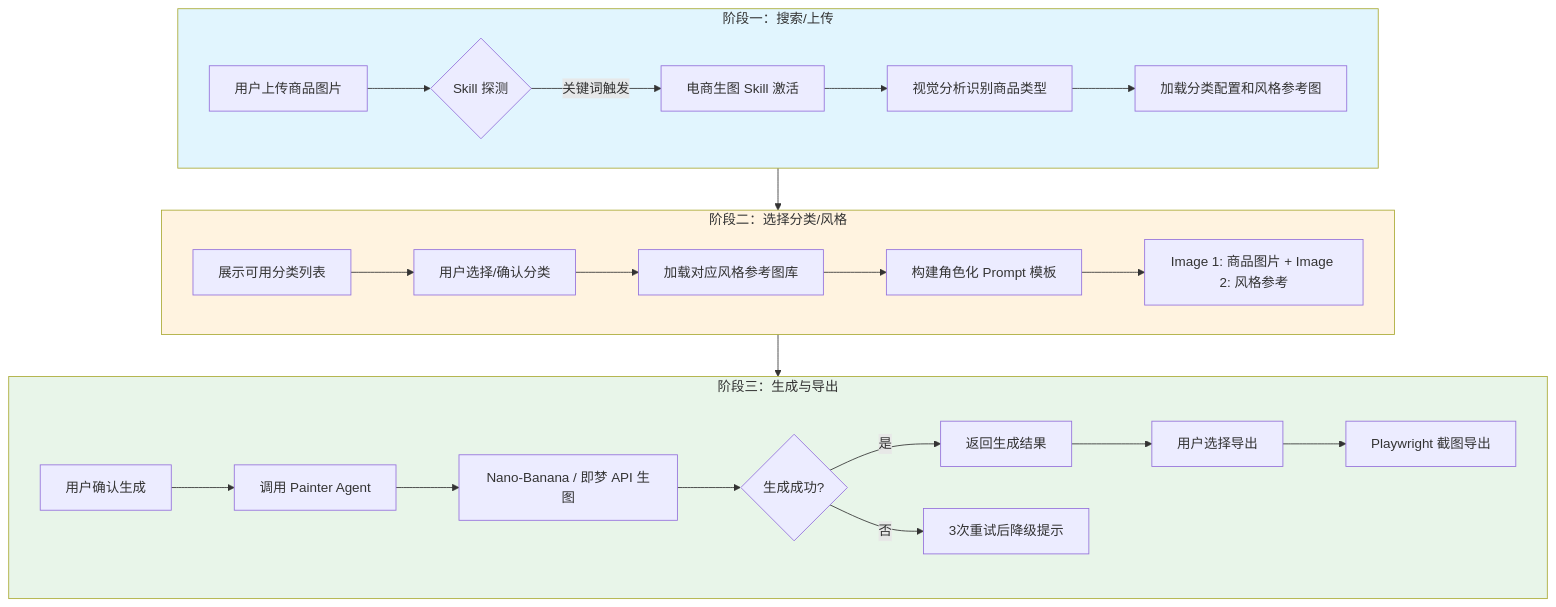
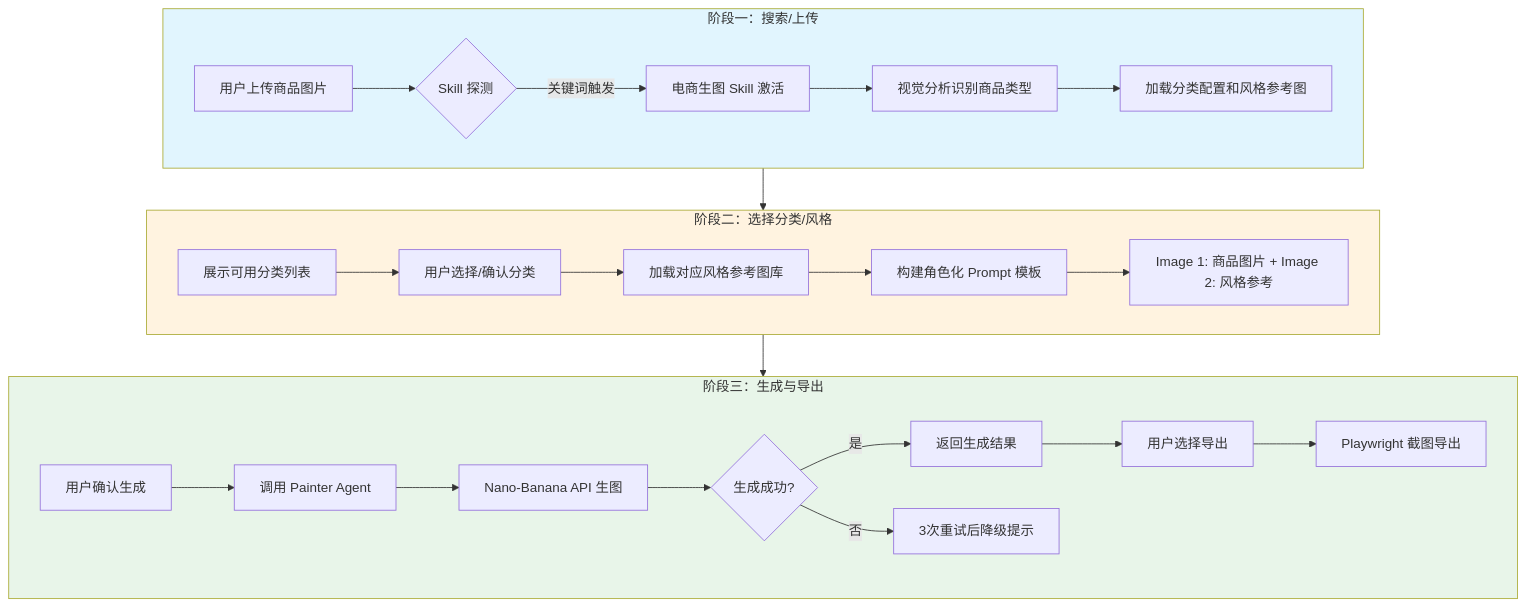
Diagram 14 of 21 in specs/05_business_processes.md (tianfeicoding/magnes), drawn with Mermaid before and after one commit. The commit also changed other lines of this file and 4 other files, not shown here.

````diff
--- a/specs/05_business_processes.md
+++ b/specs/05_business_processes.md
@@ -531,33 +531,33 @@
 ```mermaid
 flowchart TD
     subgraph Stage1["阶段一：搜索/上传"]
         A1[用户上传商品图片] --> A2{Skill 探测}
         A2 -->|关键词触发| A3[电商生图 Skill 激活]
         A3 --> A4[视觉分析识别商品类型]
         A4 --> A5[加载分类配置和风格参考图]
     end
 
     subgraph Stage2["阶段二：选择分类/风格"]
         B1[展示可用分类列表] --> B2[用户选择/确认分类]
         B2 --> B3[加载对应风格参考图库]
         B3 --> B4[构建角色化 Prompt 模板]
         B4 --> B5[Image 1: 商品图片 + Image 2: 风格参考]
     end
 
     subgraph Stage3["阶段三：生成与导出"]
         C1[用户确认生成] --> C2[调用 Painter Agent]
-        C2 --> C3[Nano-Banana / 即梦 API 生图]
+        C2 --> C3[Nano-Banana API 生图]
         C3 --> C4{生成成功?}
         C4 -->|是| C5[返回生成结果]
         C4 -->|否| C6[3次重试后降级提示]
         C5 --> C7[用户选择导出]
         C7 --> C8[Playwright 截图导出]
     end
 
     Stage1 --> Stage2
     Stage2 --> Stage3
 
     style Stage1 fill:#e1f5fe
     style Stage2 fill:#fff3e0
     style Stage3 fill:#e8f5e9
 ```
````
